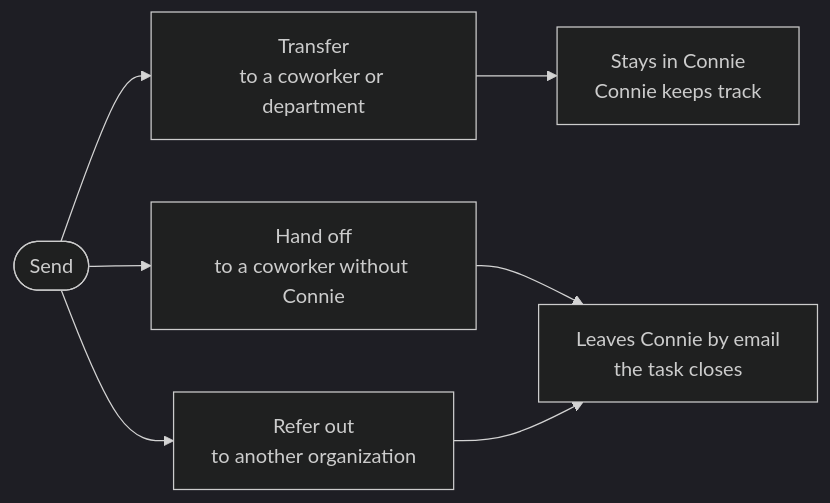
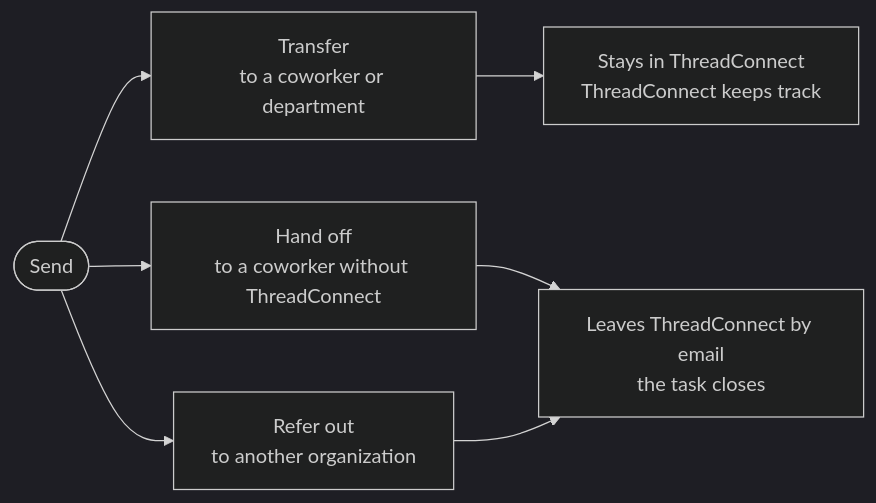
The diagram in docs/end-users/staff-agents/task-sender.md (ConnieML/docs.connie), drawn with Mermaid (dark theme) before and after one commit. The commit also changed other lines of this file and 139 other files, not shown here.

First line of the commit message:
Rebrand body text: Connie -> ThreadConnect across docs (CEO order 2026-10-30)

````diff
--- a/docs/end-users/staff-agents/task-sender.md
+++ b/docs/end-users/staff-agents/task-sender.md
@@ -30,9 +30,9 @@
 ```mermaid
 flowchart LR
     S([Send]) --> T[Transfer<br/>to a coworker or department]
-    S --> H[Hand off<br/>to a coworker without Connie]
+    S --> H[Hand off<br/>to a coworker without ThreadConnect]
     S --> R[Refer out<br/>to another organization]
-    T --> K[Stays in Connie<br/>Connie keeps track]
-    H --> L[Leaves Connie by email<br/>the task closes]
+    T --> K[Stays in ThreadConnect<br/>ThreadConnect keeps track]
+    H --> L[Leaves ThreadConnect by email<br/>the task closes]
     R --> L
 ```
````
